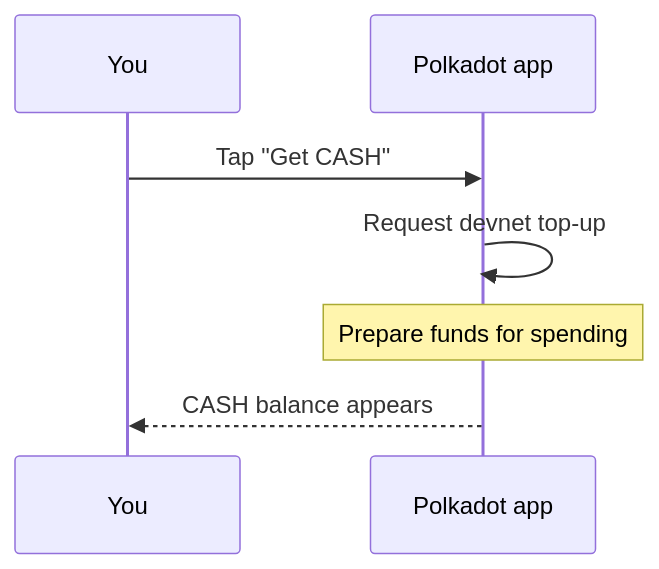
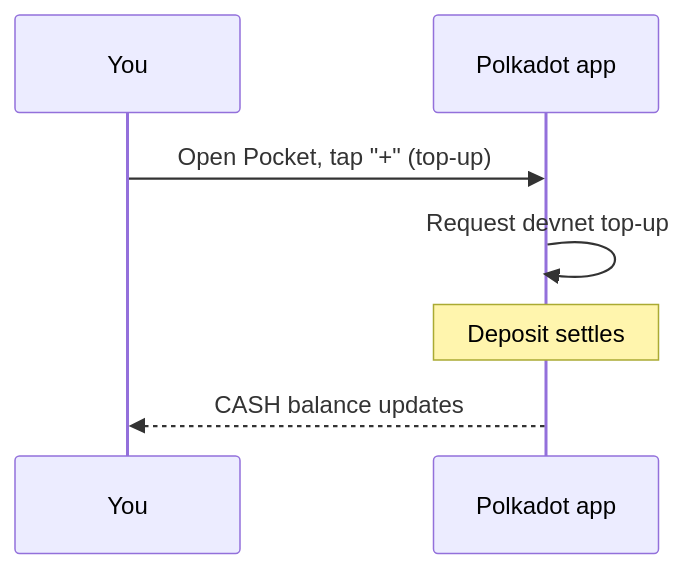
The diagram in docs/guides/create-account.md (Polkadot-Community-Foundation/polkadot-app-docs), drawn with Mermaid before and after one commit. The commit also changed other lines of this file and 31 other files, not shown here.

````diff
--- a/docs/guides/create-account.md
+++ b/docs/guides/create-account.md
@@ -55,9 +60,9 @@
 ```mermaid
 sequenceDiagram
     participant U as You
     participant App as Polkadot app
-    U->>App: Tap "Get CASH"
+    U->>App: Open Pocket, tap "+" (top-up)
     App->>App: Request devnet top-up
-    Note over App: Prepare funds for spending
-    App-->>U: CASH balance appears
+    Note over App: Deposit settles
+    App-->>U: CASH balance updates
 ```
````
